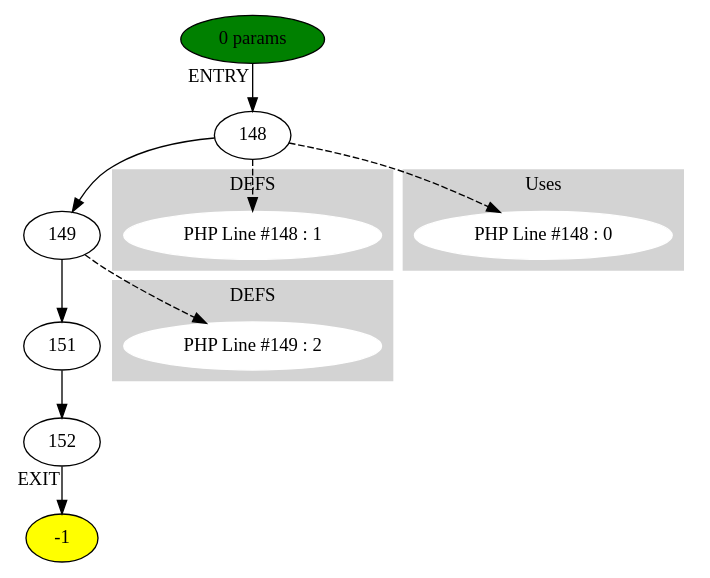
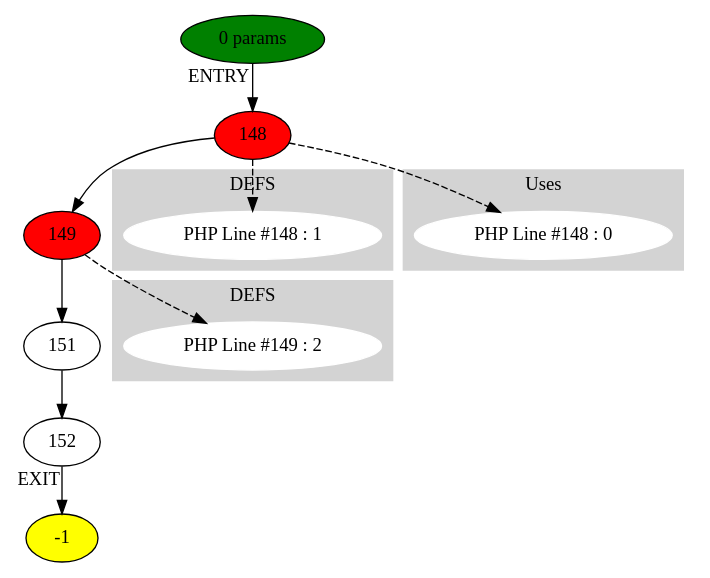
One commit to brianedmonds90/CFG-Hip-Hop changed the diagram in CFG_FROM_PHP/graphViz/assign_me_Function getDatabaseSites at 1552 (ID 5).dot. Above: the diagram before and after it, drawn with Graphviz. The commit also changed 27 other files, not shown here.

```diff
--- a/CFG_FROM_PHP/graphViz/assign_me_Function getDatabaseSites at 1552 (ID 5).dot
+++ b/CFG_FROM_PHP/graphViz/assign_me_Function getDatabaseSites at 1552 (ID 5).dot
@@ -1,38 +1,18 @@
 digraph testName {
-0 [label="148" tooltip="FPushFuncD
-String
-CGetL
-Concat
-FPassCE
-FCall
-UnboxR
-SetL
-PopC
-"];
-1 [label="149" tooltip="FPushFuncD
-FPassL
-FCall
-UnboxR
-SetL
-PopC
-"];
-2 [label="151" tooltip="CGetM
-Print
-PopC
-"];
-3 [label="152" tooltip="Null
-RetC
-"];
+0 [label="148" , fillcolor = red, style = filled];
+1 [label="149" , fillcolor = red, style = filled];
+2 [label="151"];
+3 [label="152"];
 0 -> 1;
 1 -> 2;
 2 -> 3;
 -2 -> 0[xlabel="ENTRY"];
 3 -> -1[xlabel="EXIT"];
 -2 [fillcolor = green, style = filled]-1 [fillcolor= yellow, style = filled] subgraph cluster_g_0 { style=filled; color=lightgrey; node [style=filled,color=white]; g_0[label= "PHP Line #148 : 1"];label = "DEFS";}
 0 -> g_0 [style="dashed"];
 subgraph cluster_g_1 { style=filled; color=lightgrey; node [style=filled,color=white]; g_1[label= "PHP Line #149 : 2"];label = "DEFS";}
 1 -> g_1 [style="dashed"];
 subgraph cluster_use_0 { style=filled; color=lightgrey; node [style=filled,color=white]; use_0_0[label= "PHP Line #148 : 0"];label = "Uses";}
 0 -> use_0_0 [style="dashed"];
 -2 [label="0 params"];
 }
```
